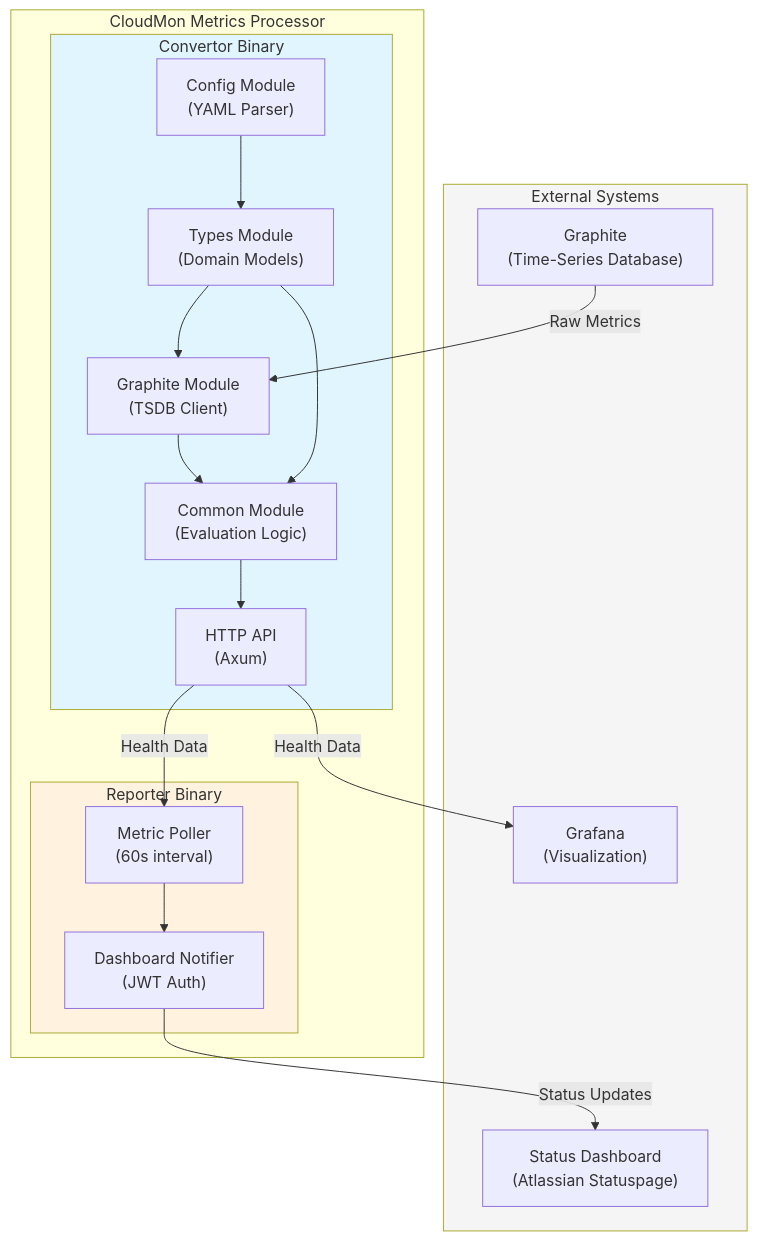
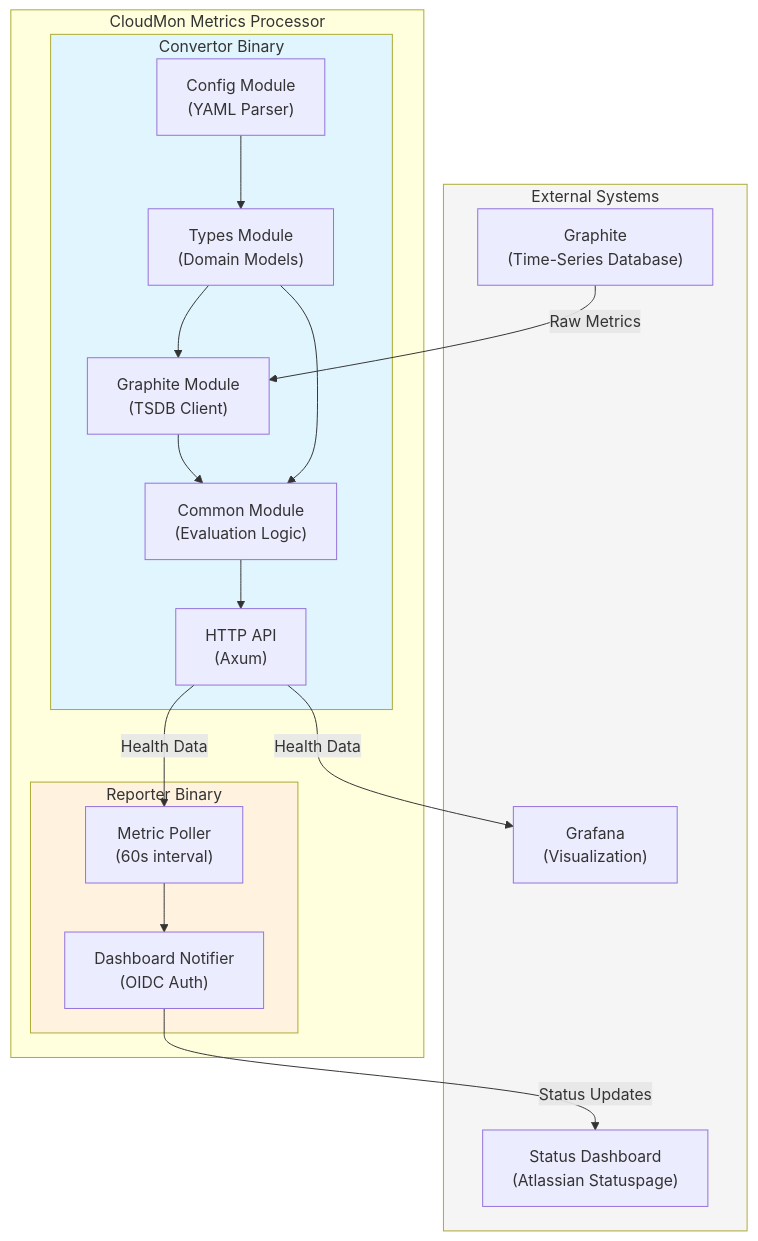
The first of 12 diagrams in doc/architecture/diagrams.md (stackmon/metrics-processor), drawn with Mermaid before and after one commit. The commit also changed other lines of this file and 55 other files, not shown here.

````diff
--- a/doc/architecture/diagrams.md
+++ b/doc/architecture/diagrams.md
@@ -9,39 +9,39 @@
 ```mermaid
 graph TB
     subgraph External["External Systems"]
         TSDB["Graphite<br/>(Time-Series Database)"]
         Dashboard["Status Dashboard<br/>(Atlassian Statuspage)"]
         Grafana["Grafana<br/>(Visualization)"]
     end
     
     subgraph MetricsProcessor["CloudMon Metrics Processor"]
         subgraph Convertor["Convertor Binary"]
             API["HTTP API<br/>(Axum)"]
             GraphiteModule["Graphite Module<br/>(TSDB Client)"]
             Common["Common Module<br/>(Evaluation Logic)"]
             Config["Config Module<br/>(YAML Parser)"]
             Types["Types Module<br/>(Domain Models)"]
         end
         
         subgraph Reporter["Reporter Binary"]
             Poller["Metric Poller<br/>(60s interval)"]
-            Notifier["Dashboard Notifier<br/>(JWT Auth)"]
+            Notifier["Dashboard Notifier<br/>(OIDC Auth)"]
         end
     end
     
     TSDB -->|"Raw Metrics"| GraphiteModule
     GraphiteModule --> Common
     Common --> API
     API -->|"Health Data"| Grafana
     API -->|"Health Data"| Poller
     Poller --> Notifier
     Notifier -->|"Status Updates"| Dashboard
     
     Config --> Types
     Types --> Common
     Types --> GraphiteModule
     
     style Convertor fill:#e1f5fe
     style Reporter fill:#fff3e0
     style External fill:#f5f5f5
 ```
````
